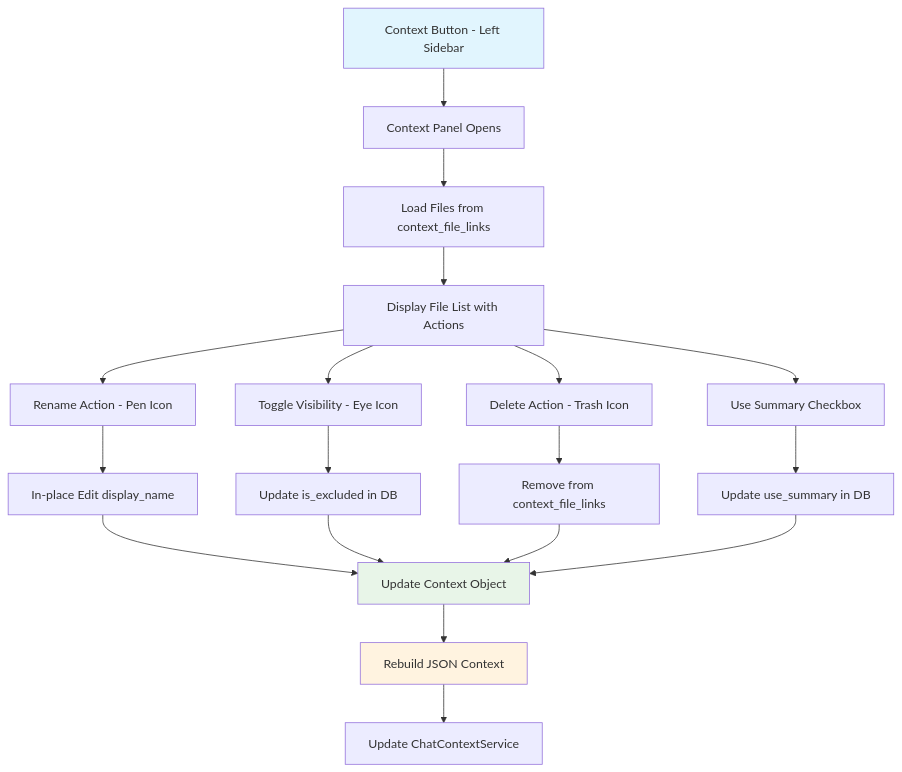
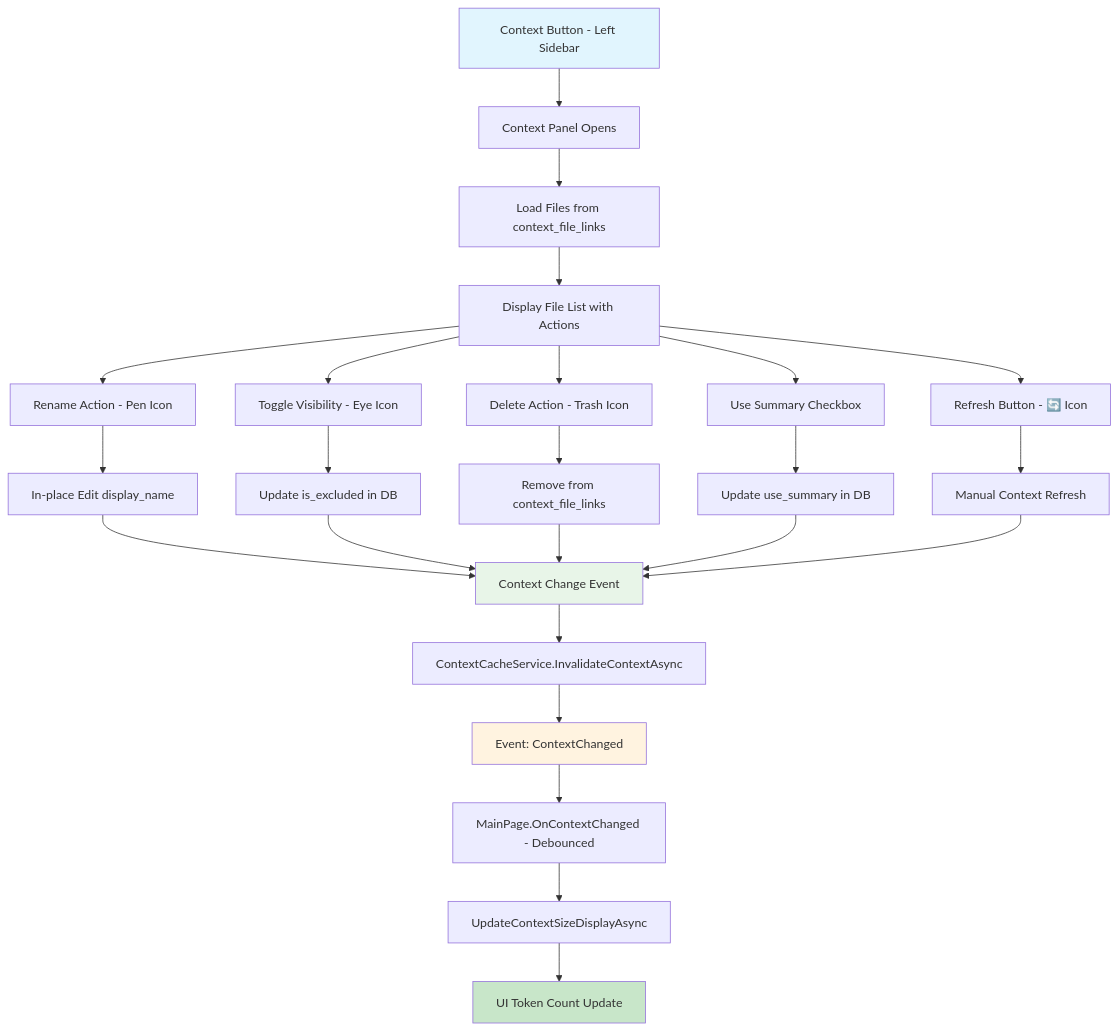
Before and after one commit to carvals/cai: diagram 11 of 13 in spec.md, drawn with Mermaid. The commit also changed other lines of this file and 4 other files, not shown here.

````diff
--- a/spec.md
+++ b/spec.md
@@ -987,28 +993,35 @@
 ```mermaid
 graph TD
     A[Context Button - Left Sidebar] --> B[Context Panel Opens]
     B --> C[Load Files from context_file_links]
     C --> D[Display File List with Actions]
     
     D --> E[Rename Action - Pen Icon]
     D --> F[Toggle Visibility - Eye Icon]
     D --> G[Delete Action - Trash Icon]
     D --> H[Use Summary Checkbox]
+    D --> I[Refresh Button - 🔄 Icon]
     
-    E --> I[In-place Edit display_name]
-    F --> J[Update is_excluded in DB]
-    G --> K[Remove from context_file_links]
-    H --> L[Update use_summary in DB]
+    E --> J[In-place Edit display_name]
+    F --> K[Update is_excluded in DB]
+    G --> L[Remove from context_file_links]
+    H --> M[Update use_summary in DB]
+    I --> N[Manual Context Refresh]
     
-    I --> M[Update Context Object]
-    J --> M
-    K --> M
-    L --> M
+    J --> O[Context Change Event]
+    K --> O
+    L --> O
+    M --> O
+    N --> O
     
-    M --> N[Rebuild JSON Context]
-    N --> O[Update ChatContextService]
+    O --> P[ContextCacheService.InvalidateContextAsync]
+    P --> Q[Event: ContextChanged]
+    Q --> R[MainPage.OnContextChanged - Debounced]
+    R --> S[UpdateContextSizeDisplayAsync]
+    S --> T[UI Token Count Update]
     
     style A fill:#e1f5fe
-    style M fill:#e8f5e8
-    style N fill:#fff3e0
+    style O fill:#e8f5e8
+    style Q fill:#fff3e0
+    style T fill:#c8e6c9
 ```
````
